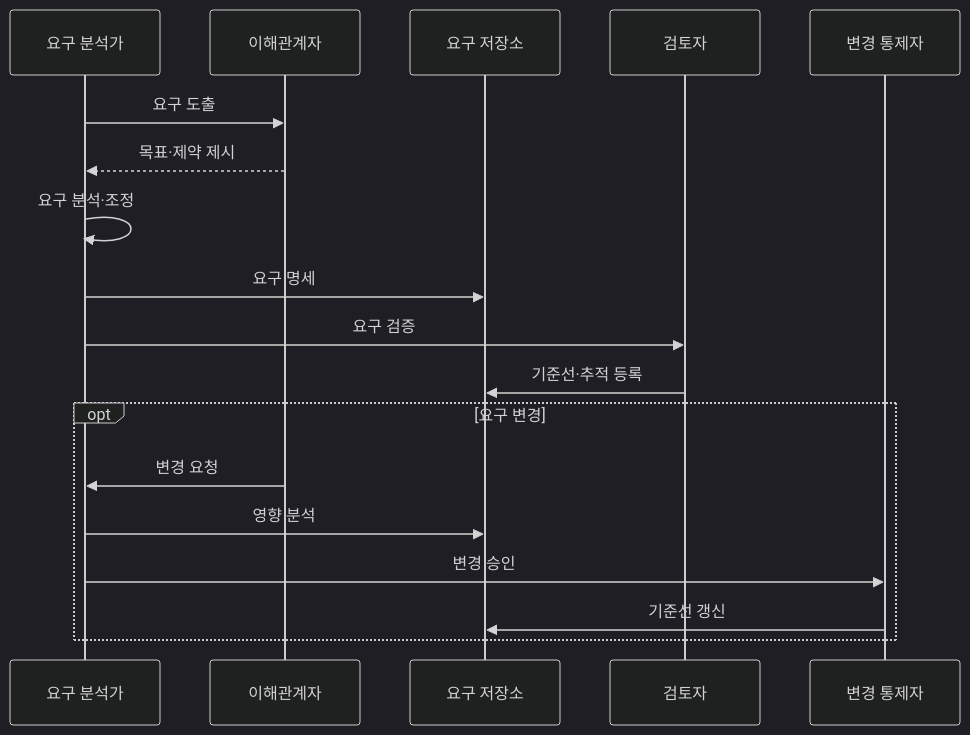
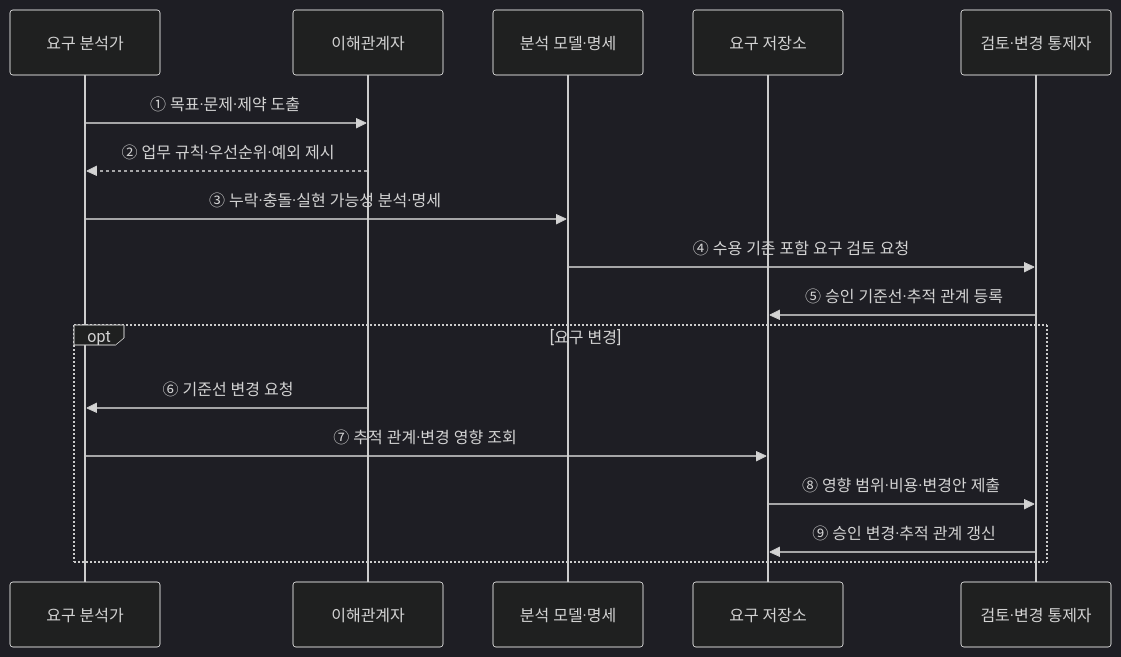
The second of 2 diagrams in src/content/docs/notes/03-software/036_requirements_analysis.md (agnusdei1207/knowledge-base), drawn with Mermaid (dark theme) before and after one commit. The commit also changed other lines of this file and 20 other files, not shown here.

````diff
--- a/src/content/docs/notes/03-software/036_requirements_analysis.md
+++ b/src/content/docs/notes/03-software/036_requirements_analysis.md
@@ -95,20 +86,19 @@
 ```mermaid
 sequenceDiagram
     participant A as 요구 분석가
     participant S as 이해관계자
+    participant M as 분석 모델·명세
     participant R as 요구 저장소
-    participant V as 검토자
-    participant C as 변경 통제자
-    A->>S: 요구 도출
-    S-->>A: 목표·제약 제시
-    A->>A: 요구 분석·조정
-    A->>R: 요구 명세
-    A->>V: 요구 검증
-    V->>R: 기준선·추적 등록
+    participant C as 검토·변경 통제자
+    A->>S: ① 목표·문제·제약 도출
+    S-->>A: ② 업무 규칙·우선순위·예외 제시
+    A->>M: ③ 누락·충돌·실현 가능성 분석·명세
+    M->>C: ④ 수용 기준 포함 요구 검토 요청
+    C->>R: ⑤ 승인 기준선·추적 관계 등록
     opt 요구 변경
-        S->>A: 변경 요청
-        A->>R: 영향 분석
-        A->>C: 변경 승인
-        C->>R: 기준선 갱신
+        S->>A: ⑥ 기준선 변경 요청
+        A->>R: ⑦ 추적 관계·변경 영향 조회
+        R->>C: ⑧ 영향 범위·비용·변경안 제출
+        C->>R: ⑨ 승인 변경·추적 관계 갱신
     end
 ```
````
